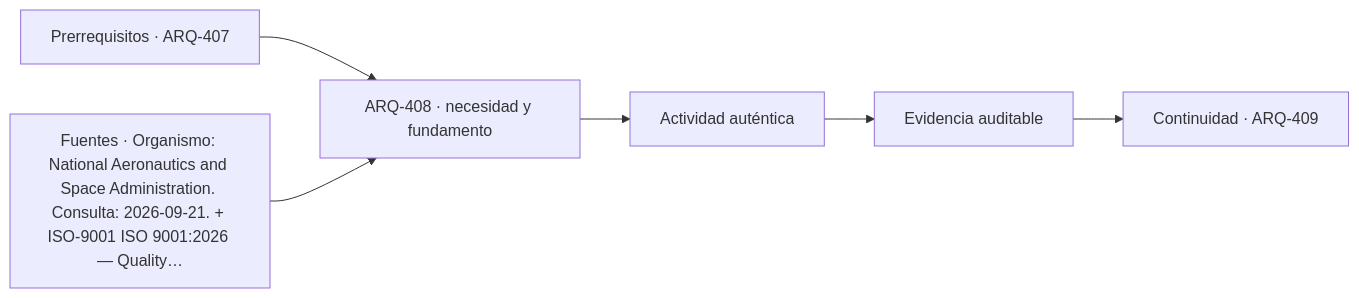
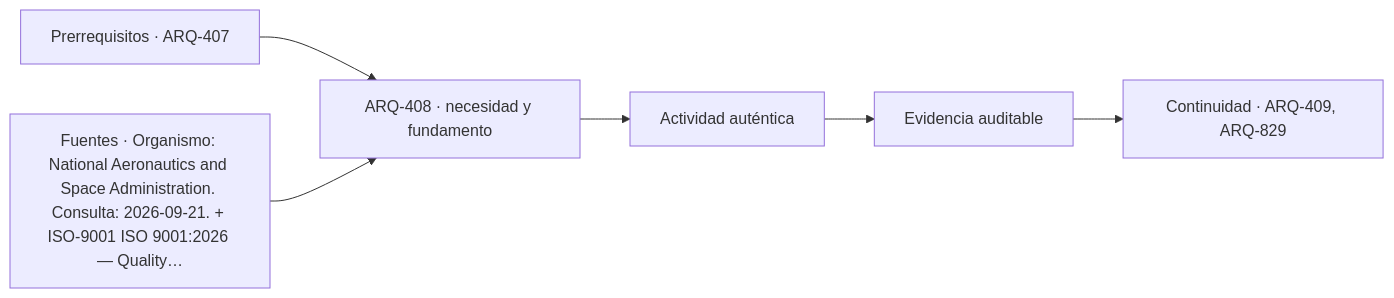
The diagram in classes/parte-41/ARQ-408.md (vladimiracunadev-create/architecture-built-environment-learning-program), drawn with Mermaid before and after one commit. The commit also changed other lines of this file and 234 other files, not shown here.

````diff
--- a/classes/parte-41/ARQ-408.md
+++ b/classes/parte-41/ARQ-408.md
@@ -103,8 +103,8 @@
 ```mermaid
 flowchart LR
     A["Prerrequisitos · ARQ-407"] --> B["ARQ-408 · necesidad y fundamento"]
     S["Fuentes · Organismo: National Aeronautics and Space Administration. Consulta: 2026-09-21. + ISO-9001 ISO 9001:2026 — Quality…"] --> B
     B --> C["Actividad auténtica"]
     C --> D["Evidencia auditable"]
-    D --> E["Continuidad · ARQ-409"]
+    D --> E["Continuidad · ARQ-409, ARQ-829"]
 ```
````
